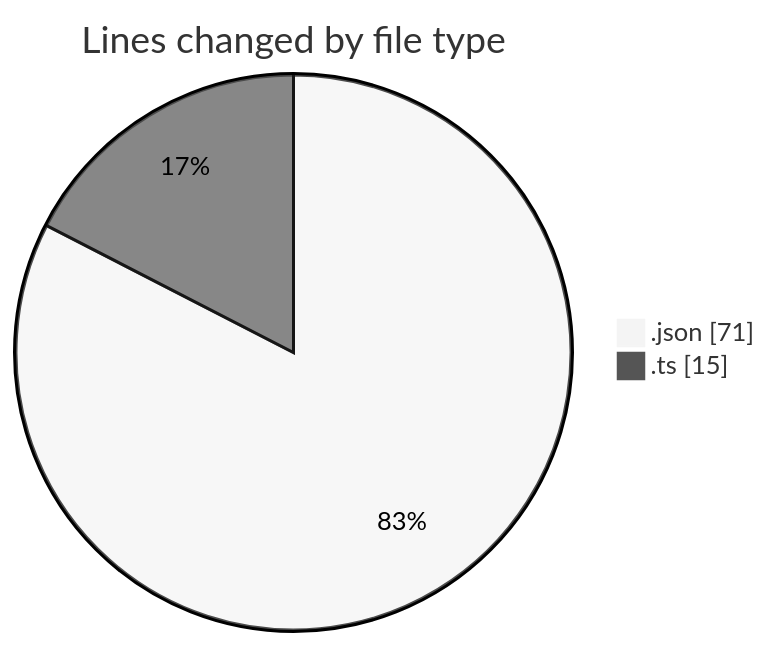
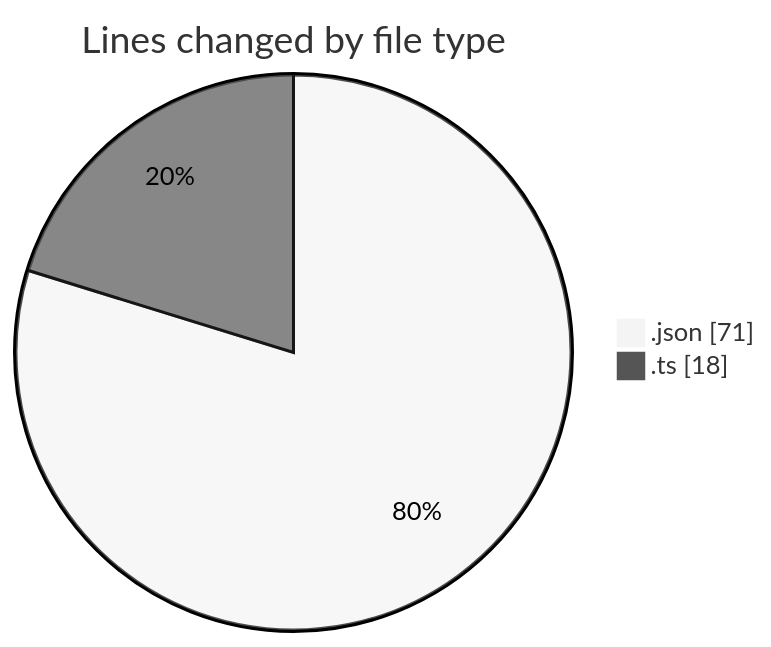
Before and after one commit to momahboobian/code-tracking: the first of 2 diagrams in 2025-02-06/cda/README.md, drawn with Mermaid (neutral theme). The commit also changed other lines of this file and 1 other file, not shown here.

````diff
--- a/2025-02-06/cda/README.md
+++ b/2025-02-06/cda/README.md
@@ -21,6 +21,6 @@
 ```mermaid
 pie showData
 title Lines changed by file type
 ".json" : 71
-".ts" : 15
+".ts" : 18
 ```
````
